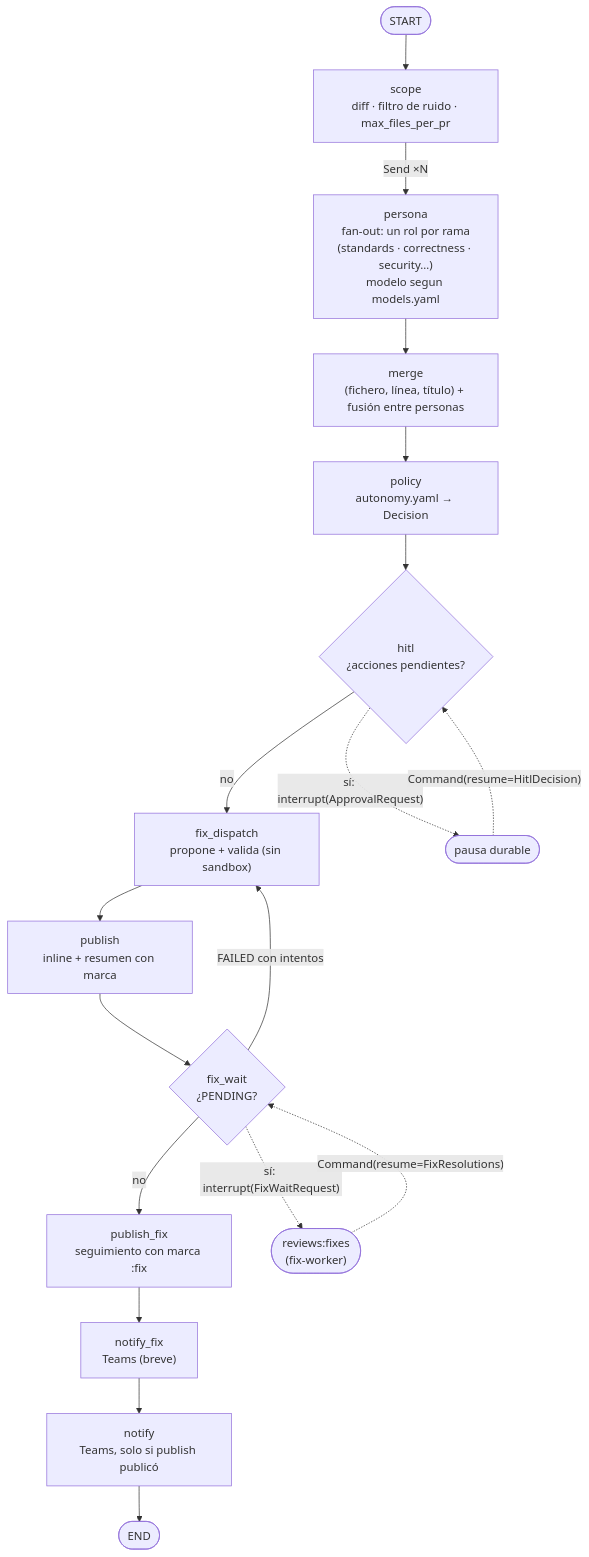
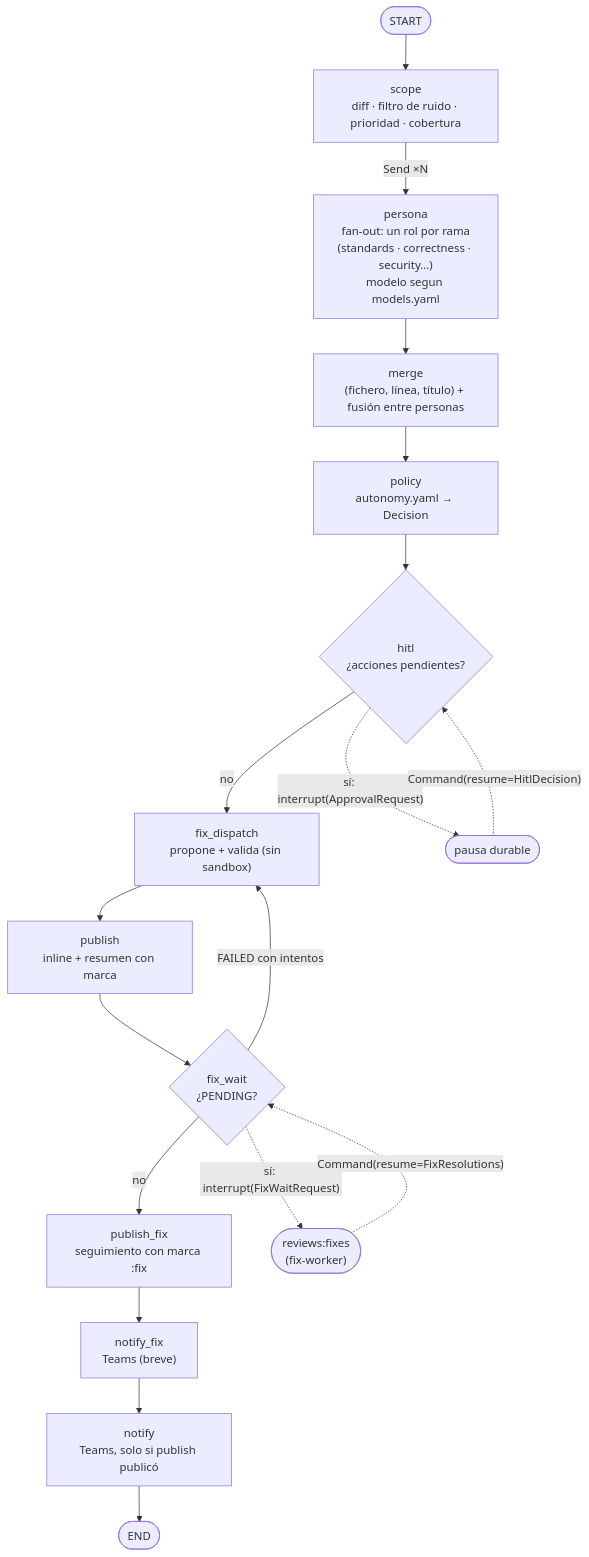
One commit to pcgarat/agent-review-langgraph changed the third of 6 diagrams in docs/arquitectura.md. Above: the diagram before and after it, drawn with Mermaid. The commit also changed other lines of this file and 52 other files, not shown here.

First line of the commit message:
feat(scope): cobertura de la review, lotes de ficheros enteros y review parcial (012 CB1-CB11)

````diff
--- a/docs/arquitectura.md
+++ b/docs/arquitectura.md
@@ -143,20 +143,20 @@
 ```mermaid
 flowchart TD
     START([START]) --> scope
-    scope["scope<br/>diff · filtro de ruido · max_files_per_pr"] -->|"Send ×N"| persona
+    scope["scope<br/>diff · filtro de ruido · prioridad · cobertura"] -->|"Send ×N"| persona
     persona["persona<br/>fan-out: un rol por rama<br/>(standards · correctness · security…)<br/>modelo segun models.yaml"] --> merge
     merge["merge<br/>(fichero, línea, título) + fusión entre personas"] --> policy
     policy["policy<br/>autonomy.yaml → Decision"] --> hitl
     hitl{"hitl<br/>¿acciones pendientes?"} -->|no| fix_dispatch
     hitl -.->|"sí: interrupt(ApprovalRequest)"| PAUSE(["pausa durable"])
     PAUSE -.->|"Command(resume=HitlDecision)"| hitl
     fix_dispatch["fix_dispatch<br/>propone + valida (sin sandbox)"] --> publish
     publish["publish<br/>inline + resumen con marca"] --> fix_wait
     fix_wait{"fix_wait<br/>¿PENDING?"} -->|no| publish_fix
     fix_wait -.->|"sí: interrupt(FixWaitRequest)"| FIXPAUSE(["reviews:fixes<br/>(fix-worker)"])
     FIXPAUSE -.->|"Command(resume=FixResolutions)"| fix_wait
     fix_wait -->|"FAILED con intentos"| fix_dispatch
     publish_fix["publish_fix<br/>seguimiento con marca :fix"] --> notify_fix
     notify_fix["notify_fix<br/>Teams (breve)"] --> notify
     notify["notify<br/>Teams, solo si publish publicó"] --> END([END])
 ```
````
